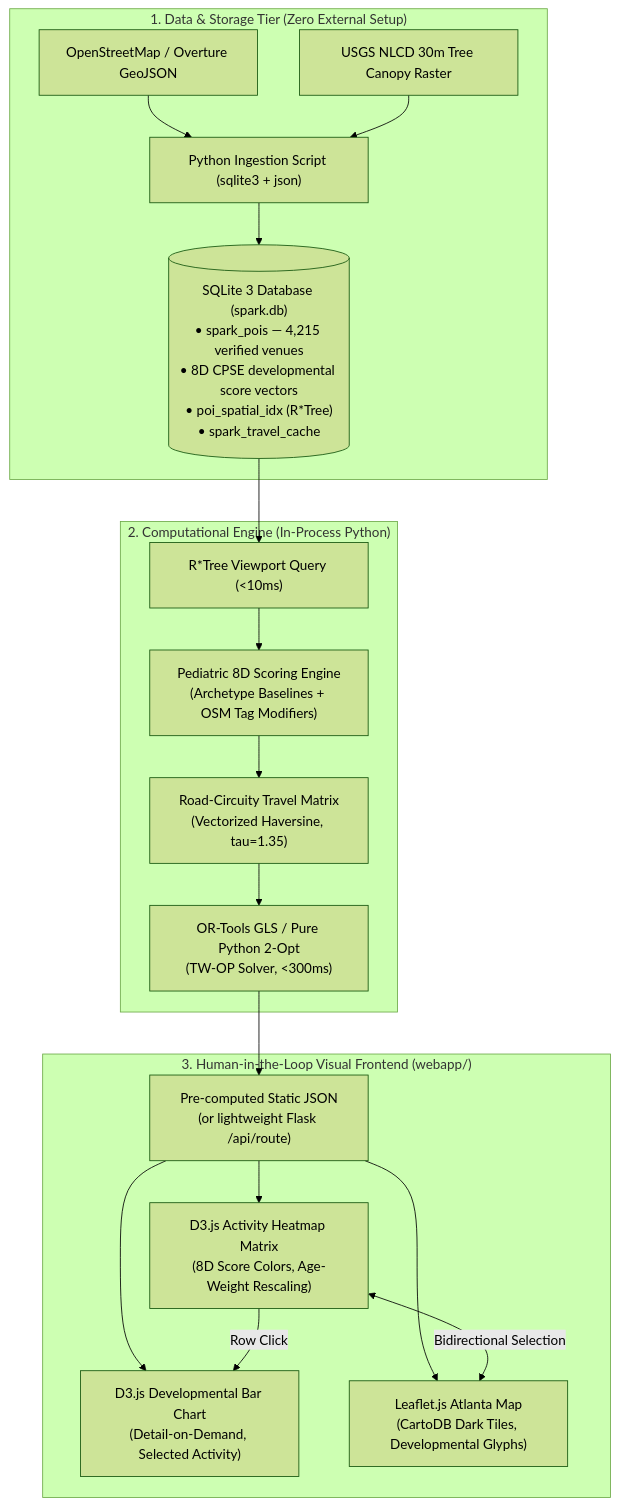
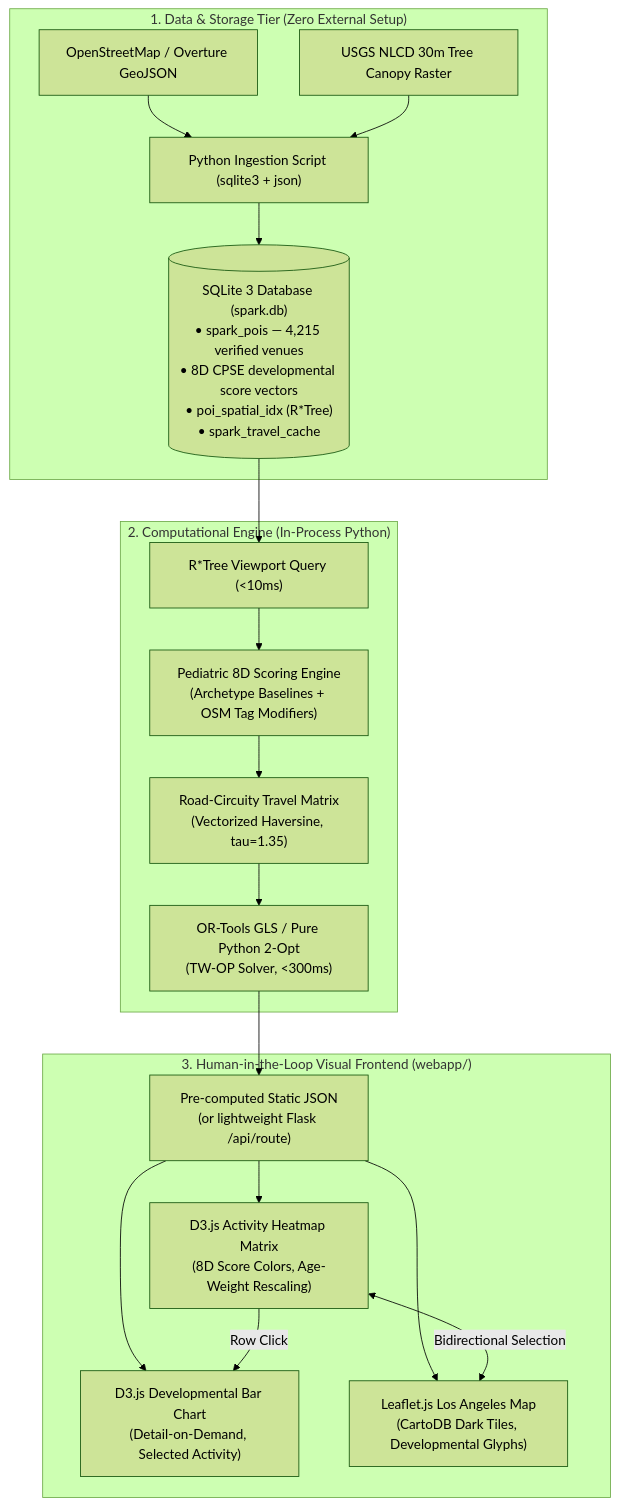
One commit to manoj-android/cse-6242-project changed the diagram in projectwork/docs/spark_technical_analysis.md. Above: the diagram before and after it, drawn with Mermaid (forest theme). The commit also changed other lines of this file and 3 other files, not shown here.

````diff
--- a/projectwork/docs/spark_technical_analysis.md
+++ b/projectwork/docs/spark_technical_analysis.md
@@ -139,35 +139,35 @@
 ```mermaid
 flowchart TD
     subgraph DataLayer["1. Data & Storage Tier (Zero External Setup)"]
         OSM["OpenStreetMap / Overture GeoJSON"] --> ETL["Python Ingestion Script (sqlite3 + json)"]
         NLCD["USGS NLCD 30m Tree Canopy Raster"] --> ETL
         ETL --> DB[("SQLite 3 Database (spark.db)
 • spark_pois — 4,215 verified venues
 • 8D CPSE developmental score vectors
 • poi_spatial_idx (R*Tree)
 • spark_travel_cache")]
     end
 
     subgraph AnalyticsLayer["2. Computational Engine (In-Process Python)"]
         DB --> Viewport["R*Tree Viewport Query (<10ms)"]
         Viewport --> Scorer["Pediatric 8D Scoring Engine
 (Archetype Baselines + OSM Tag Modifiers)"]
         Scorer --> Matrix["Road-Circuity Travel Matrix
 (Vectorized Haversine, tau=1.35)"]
         Matrix --> Solver["OR-Tools GLS / Pure Python 2-Opt
 (TW-OP Solver, <300ms)"]
     end
 
     subgraph VisualLayer["3. Human-in-the-Loop Visual Frontend (webapp/)"]
         Solver --> JSON["Pre-computed Static JSON
 (or lightweight Flask /api/route)"]
         JSON --> Heatmap["D3.js Activity Heatmap Matrix
 (8D Score Colors, Age-Weight Rescaling)"]
         JSON --> BarChart["D3.js Developmental Bar Chart
 (Detail-on-Demand, Selected Activity)"]
-        JSON --> Leaflet["Leaflet.js Atlanta Map
+        JSON --> Leaflet["Leaflet.js Los Angeles Map
 (CartoDB Dark Tiles, Developmental Glyphs)"]
         Heatmap <-->|Bidirectional Selection| Leaflet
         Heatmap -->|Row Click| BarChart
     end
 ```
````
